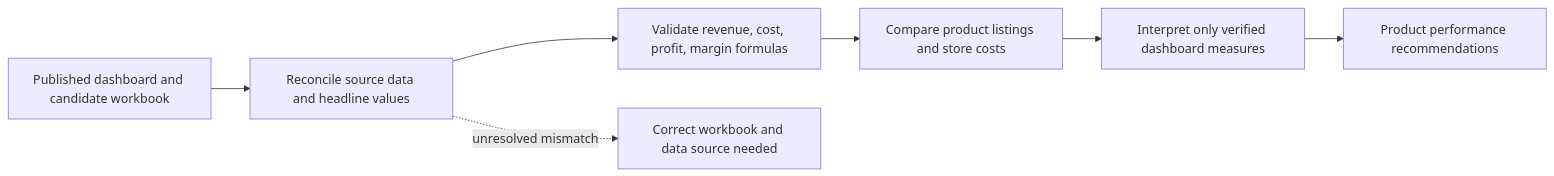
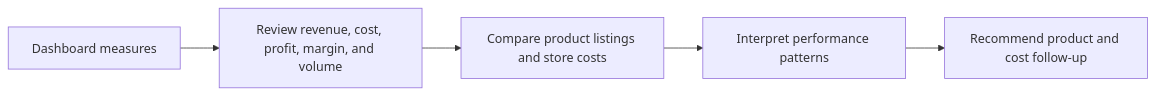
The diagram in README.md (vamruthala/financial-performance-product-analytics), drawn with Mermaid before and after one commit. The commit also changed other lines of this file and 2 other files, not shown here.

````diff
--- a/README.md
+++ b/README.md
@@ -13,9 +13,7 @@
 ```mermaid
 flowchart LR
-  A[Published dashboard and candidate workbook] --> B[Reconcile source data and headline values]
-  B --> C[Validate revenue, cost, profit, margin formulas]
-  C --> D[Compare product listings and store costs]
-  D --> E[Interpret only verified dashboard measures]
-  E --> F[Product performance recommendations]
-  B -. unresolved mismatch .-> G[Correct workbook and data source needed]
+  A[Dashboard measures] --> B[Review revenue, cost, profit, margin, and volume]
+  B --> C[Compare product listings and store costs]
+  C --> D[Interpret performance patterns]
+  D --> E[Recommend product and cost follow-up]
 ```
````
